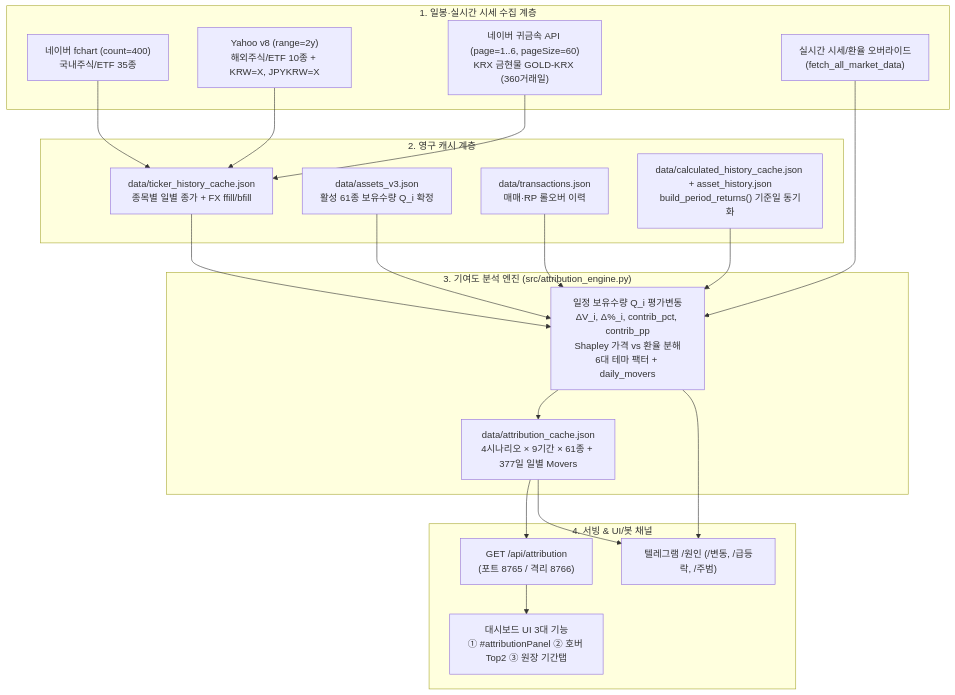
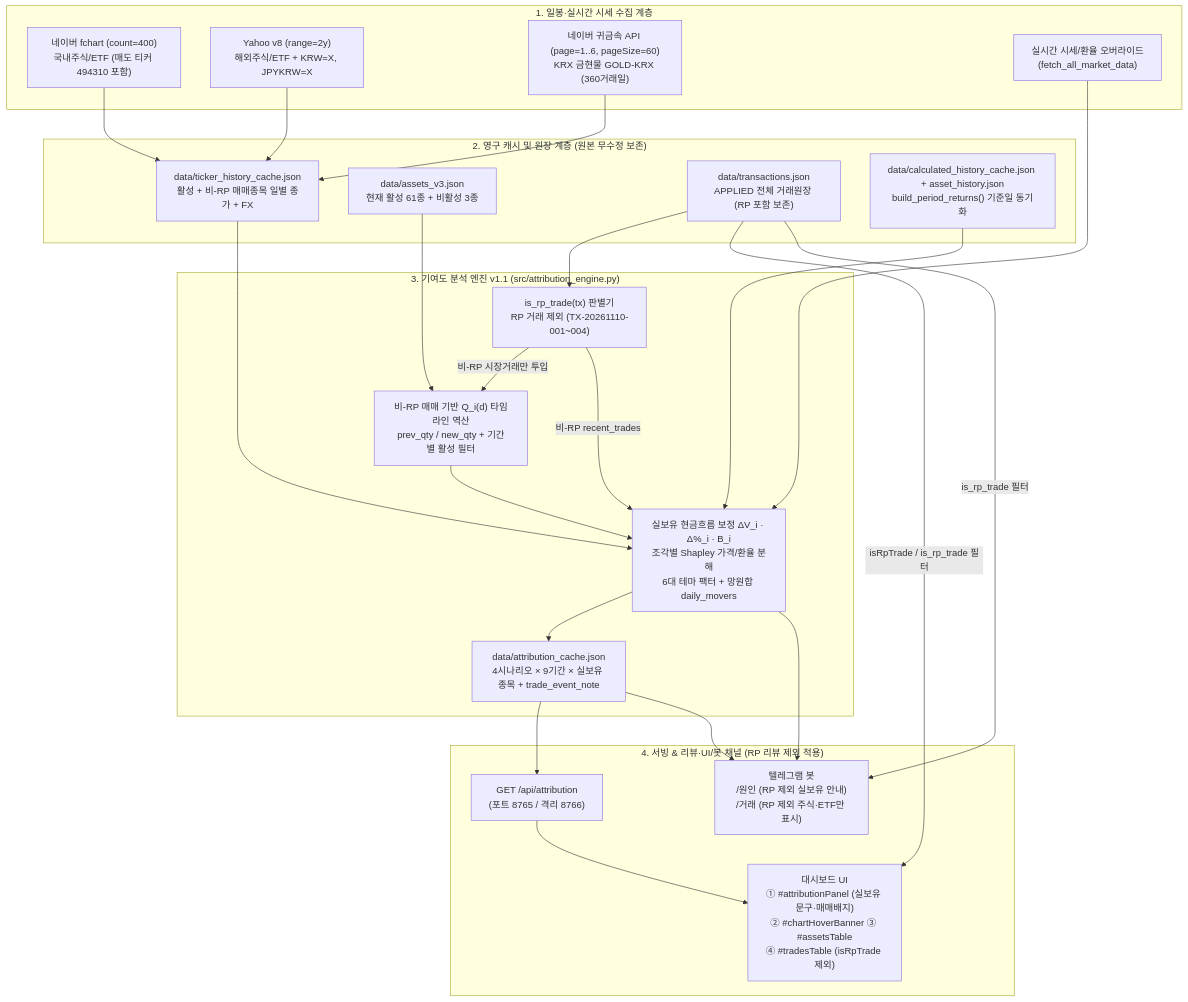
Before and after one commit to holnuwld/myasset: the first of 2 diagrams in docs/attribution_analysis_spec.md, drawn with Mermaid. The commit also changed other lines of this file and 11 other files, not shown here.

Commit message:
feat: use transaction-aware actual holdings for attribution and exclude RP from trade review

````diff
--- a/docs/attribution_analysis_spec.md
+++ b/docs/attribution_analysis_spec.md
@@ -60,41 +71,48 @@
 ```mermaid
 flowchart TD
     subgraph Ingestion["1. 일봉·실시간 시세 수집 계층"]
-        NAVER["네이버 fchart (count=400)<br/>국내주식/ETF 35종"]
-        YAHOO["Yahoo v8 (range=2y)<br/>해외주식/ETF 10종 + KRW=X, JPYKRW=X"]
+        NAVER["네이버 fchart (count=400)<br/>국내주식/ETF (매도 티커 494310 포함)"]
+        YAHOO["Yahoo v8 (range=2y)<br/>해외주식/ETF + KRW=X, JPYKRW=X"]
         GOLD["네이버 귀금속 API (page=1..6, pageSize=60)<br/>KRX 금현물 GOLD-KRX (360거래일)"]
         LIVE["실시간 시세/환율 오버라이드<br/>(fetch_all_market_data)"]
     end
 
-    subgraph Cache["2. 영구 캐시 계층"]
-        TCACHE["data/ticker_history_cache.json<br/>종목별 일별 종가 + FX ffill/bfill"]
-        ASSETS["data/assets_v3.json<br/>활성 61종 보유수량 Q_i 확정"]
-        TRADES["data/transactions.json<br/>매매·RP 롤오버 이력"]
+    subgraph Cache["2. 영구 캐시 및 원장 계층 (원본 무수정 보존)"]
+        TCACHE["data/ticker_history_cache.json<br/>활성 + 비-RP 매매종목 일별 종가 + FX"]
+        ASSETS["data/assets_v3.json<br/>현재 활성 61종 + 비활성 3종"]
+        TRADES["data/transactions.json<br/>APPLIED 전체 거래원장 (RP 포함 보존)"]
         HIST["data/calculated_history_cache.json + asset_history.json<br/>build_period_returns() 기준일 동기화"]
     end
 
-    subgraph Engine["3. 기여도 분석 엔진 (src/attribution_engine.py)"]
-        ATTR["일정 보유수량 Q_i 평가변동<br/>ΔV_i, Δ%_i, contrib_pct, contrib_pp<br/>Shapley 가격 vs 환율 분해<br/>6대 테마 팩터 + daily_movers"]
-        ACACHE["data/attribution_cache.json<br/>4시나리오 × 9기간 × 61종 + 377일 일별 Movers"]
+    subgraph Engine["3. 기여도 분석 엔진 v1.1 (src/attribution_engine.py)"]
+        RPFILT["is_rp_trade(tx) 판별기<br/>RP 거래 제외 (TX-20261110-001~004)"]
+        TIMELINE["비-RP 매매 기반 Q_i(d) 타임라인 역산<br/>prev_qty / new_qty + 기간별 활성 필터"]
+        ATTR["실보유 현금흐름 보정 ΔV_i · Δ%_i · B_i<br/>조각별 Shapley 가격/환율 분해<br/>6대 테마 팩터 + 망원합 daily_movers"]
+        ACACHE["data/attribution_cache.json<br/>4시나리오 × 9기간 × 실보유 종목 + trade_event_note"]
     end
 
-    subgraph Delivery["4. 서빙 & UI/봇 채널"]
+    subgraph Delivery["4. 서빙 & 리뷰·UI/봇 채널 (RP 리뷰 제외 적용)"]
         API["GET /api/attribution<br/>(포트 8765 / 격리 8766)"]
-        WEB["대시보드 UI 3대 기능<br/>① #attributionPanel ② 호버 Top2 ③ 원장 기간탭"]
-        TG["텔레그램 /원인 (/변동, /급등락, /주범)"]
+        WEB["대시보드 UI<br/>① #attributionPanel (실보유 문구·매매배지)<br/>② #chartHoverBanner ③ #assetsTable<br/>④ #tradesTable (isRpTrade 제외)"]
+        TG["텔레그램 봇<br/>/원인 (RP 제외 실보유 안내)<br/>/거래 (RP 제외 주식·ETF만 표시)"]
     end
 
     NAVER --> TCACHE
     YAHOO --> TCACHE
     GOLD --> TCACHE
     TCACHE --> ATTR
     LIVE --> ATTR
-    ASSETS --> ATTR
-    TRADES --> ATTR
+    ASSETS --> TIMELINE
+    TRADES --> RPFILT
+    RPFILT -->|"비-RP 시장거래만 투입"| TIMELINE
+    RPFILT -->|"비-RP recent_trades"| ATTR
+    TIMELINE --> ATTR
     HIST --> ATTR
     ATTR --> ACACHE
     ACACHE --> API
     API --> WEB
+    TRADES -->|"isRpTrade / is_rp_trade 필터"| WEB
+    TRADES -->|"is_rp_trade 필터"| TG
     ATTR --> TG
     ACACHE --> TG
 ```
````
